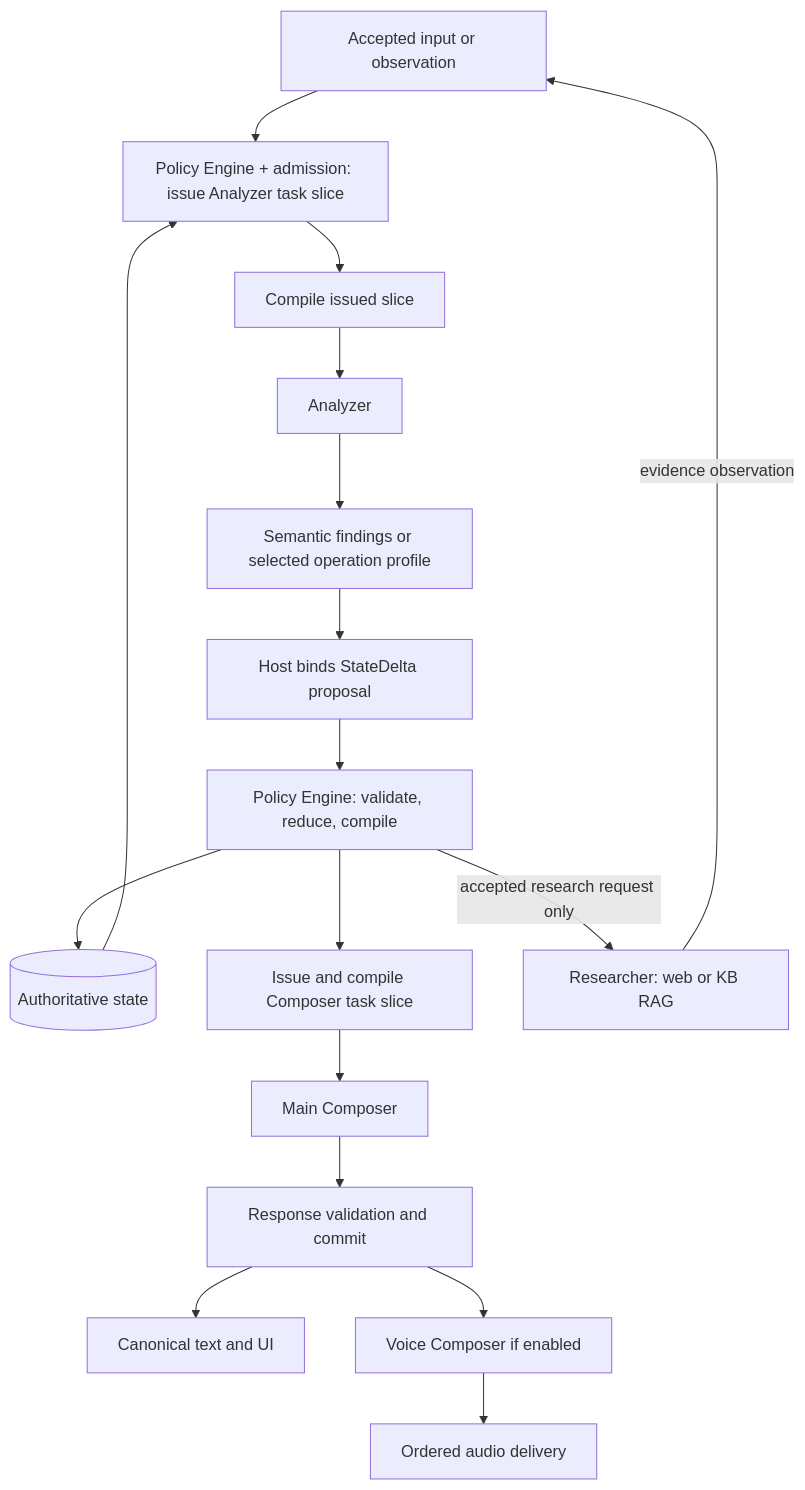
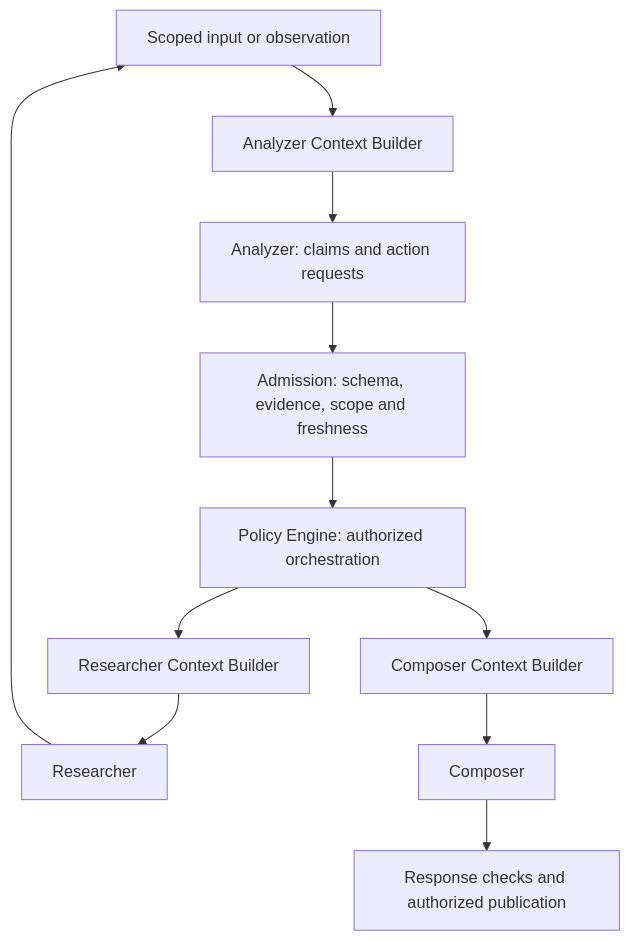
One commit to oleksandr-rud/cascade-codex changed the diagram in .codex/plugins/cascade-ai-architect/skills/design-agent-blueprint/references/analyzer-policy-composer.md. Above: the diagram before and after it, drawn with Mermaid. The commit also changed other lines of this file and 782 other files, not shown here.

````diff
--- a/.codex/plugins/cascade-ai-architect/skills/design-agent-blueprint/references/analyzer-policy-composer.md
+++ b/.codex/plugins/cascade-ai-architect/skills/design-agent-blueprint/references/analyzer-policy-composer.md
@@ -34,19 +10,13 @@
-```mermaid
+~~~mermaid
 flowchart TD
-    I[Accepted input or observation] --> X[Policy Engine + admission: issue Analyzer task slice]
-    S[(Authoritative state)] --> X
-    X --> F[Compile issued slice]
-    F --> A[Analyzer]
-    A --> B[Semantic findings or selected operation profile]
-    B --> D[Host binds StateDelta proposal]
-    D --> P[Policy Engine: validate, reduce, compile]
-    P --> S
-    P --> C[Issue and compile Composer task slice]
-    C --> M[Main Composer]
-    M --> G[Response validation and commit]
-    G --> T[Canonical text and UI]
-    G --> V[Voice Composer if enabled]
-    V --> O[Ordered audio delivery]
-    P -->|accepted research request only| R[Researcher: web or KB RAG]
-    R -->|evidence observation| I
-```
+  O[Scoped input or observation] --> CA[Analyzer Context Builder]
+  CA --> A[Analyzer: claims and action requests]
+  A --> D[Admission: schema, evidence, scope and freshness]
+  D --> P[Policy Engine: authorized orchestration]
+  P --> CR[Researcher Context Builder]
+  CR --> R[Researcher]
+  R --> O
+  P --> CC[Composer Context Builder]
+  CC --> C[Composer]
+  C --> V[Response checks and authorized publication]
+~~~
````
